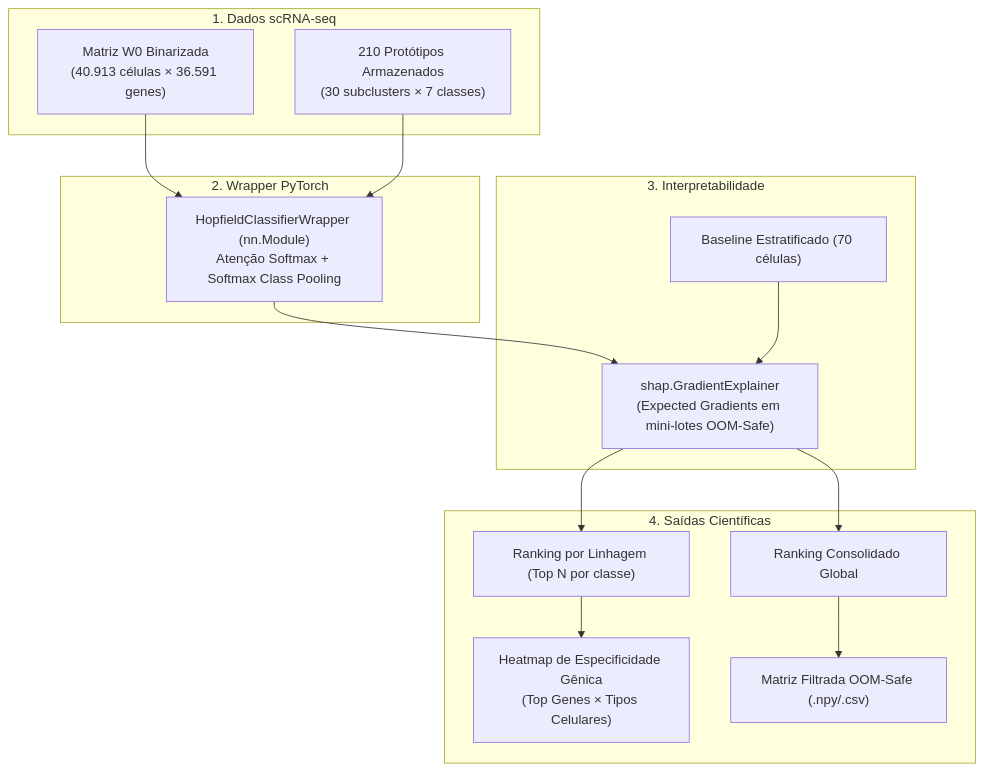
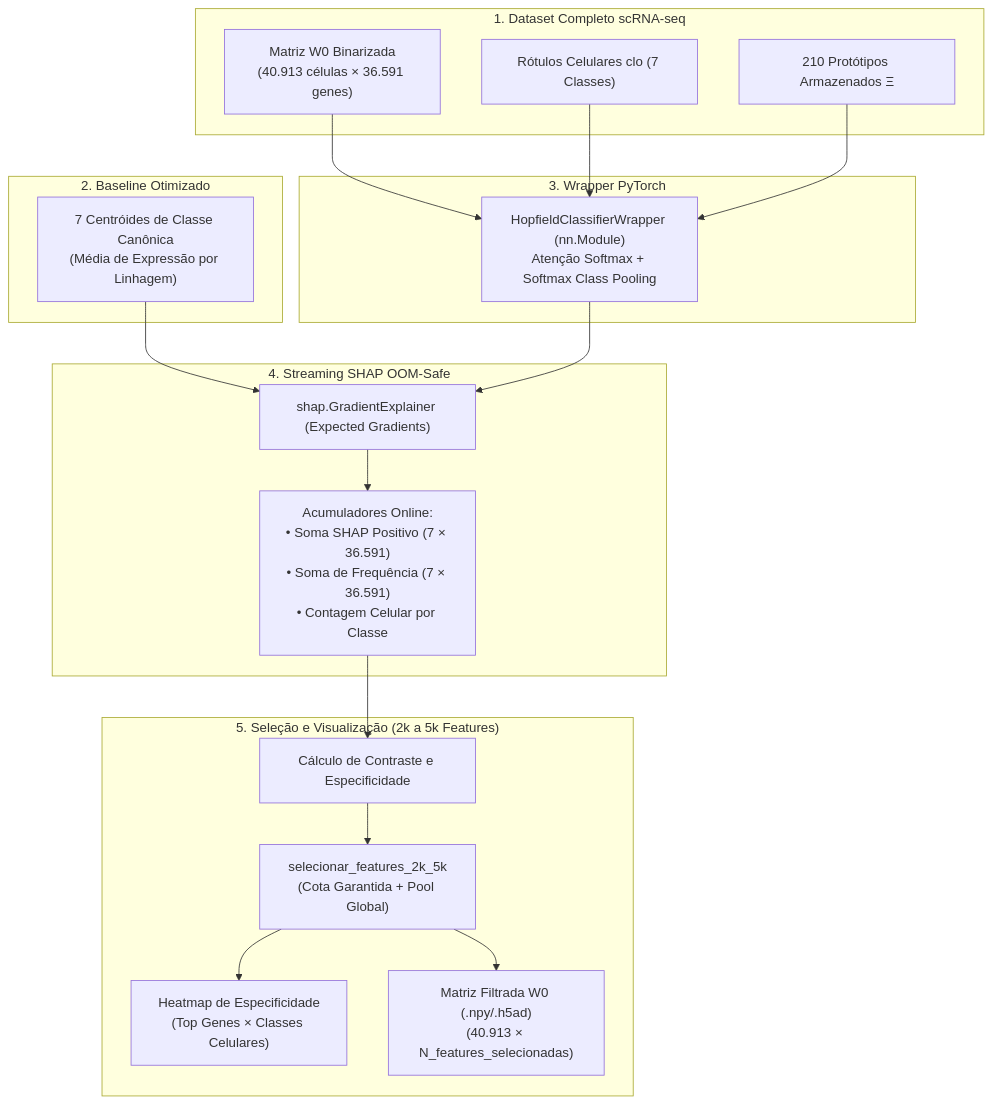
One commit to letdevx/pipiline_hopifield changed the diagram in second_brain/04_Recursos/adrs/adr_023_selecao_features_shap_hopfield.md. Above: the diagram before and after it, drawn with Mermaid. The commit also changed other lines of this file and 4 other files, not shown here.

Commit message:
feat(shap): implementa streaming OOM-safe com centroides e selecao de 2k a 5k features por tipo celular

````diff
--- a/second_brain/04_Recursos/adrs/adr_023_selecao_features_shap_hopfield.md
+++ b/second_brain/04_Recursos/adrs/adr_023_selecao_features_shap_hopfield.md
@@ -39,32 +40,39 @@
 ```mermaid
 flowchart TD
-    subgraph Entrada["1. Dados scRNA-seq"]
+    subgraph Entrada["1. Dataset Completo scRNA-seq"]
         MAT["Matriz W0 Binarizada<br/>(40.913 células × 36.591 genes)"]
-        PROT["210 Protótipos Armazenados<br/>(30 subclusters × 7 classes)"]
+        CLO["Rótulos Celulares clo (7 Classes)"]
+        PROT["210 Protótipos Armazenados Ξ"]
     end
 
-    subgraph Wrapper["2. Wrapper PyTorch"]
+    subgraph Baseline["2. Baseline Otimizado"]
+        CENT["7 Centróides de Classe Canônica<br/>(Média de Expressão por Linhagem)"]
+    end
+
+    subgraph Wrapper["3. Wrapper PyTorch"]
         HW["HopfieldClassifierWrapper (nn.Module)<br/>Atenção Softmax + Softmax Class Pooling"]
     end
 
-    subgraph SHAP_Engine["3. Interpretabilidade"]
-        BG["Baseline Estratificado (70 células)"]
-        GE["shap.GradientExplainer<br/>(Expected Gradients em mini-lotes OOM-Safe)"]
+    subgraph StreamingEngine["4. Streaming SHAP OOM-Safe"]
+        GE["shap.GradientExplainer (Expected Gradients)"]
+        ACC["Acumuladores Online:<br/>• Soma SHAP Positivo (7 × 36.591)<br/>• Soma de Frequência (7 × 36.591)<br/>• Contagem Celular por Classe"]
     end
 
-    subgraph Selecao["4. Saídas Científicas"]
-        RL["Ranking por Linhagem (Top N por classe)"]
-        RC["Ranking Consolidado Global"]
-        HM["Heatmap de Especificidade Gênica<br/>(Top Genes × Tipos Celulares)"]
-        MAT_FILT["Matriz Filtrada OOM-Safe (.npy/.csv)"]
+    subgraph Selecao["5. Seleção e Visualização (2k a 5k Features)"]
+        ESP["Cálculo de Contraste e Especificidade"]
+        SEL["selecionar_features_2k_5k<br/>(Cota Garantida + Pool Global)"]
+        HM["Heatmap de Especificidade<br/>(Top Genes × Classes Celulares)"]
+        MAT_FILT["Matriz Filtrada W0 (.npy/.h5ad)<br/>(40.913 × N_features_selecionadas)"]
     end
 
     MAT --> HW
+    CLO --> HW
     PROT --> HW
+    CENT --> GE
     HW --> GE
-    BG --> GE
-    GE --> RL
-    GE --> RC
-    RL --> HM
-    RC --> MAT_FILT
+    GE --> ACC
+    ACC --> ESP
+    ESP --> SEL
+    SEL --> HM
+    SEL --> MAT_FILT
 ```
````
